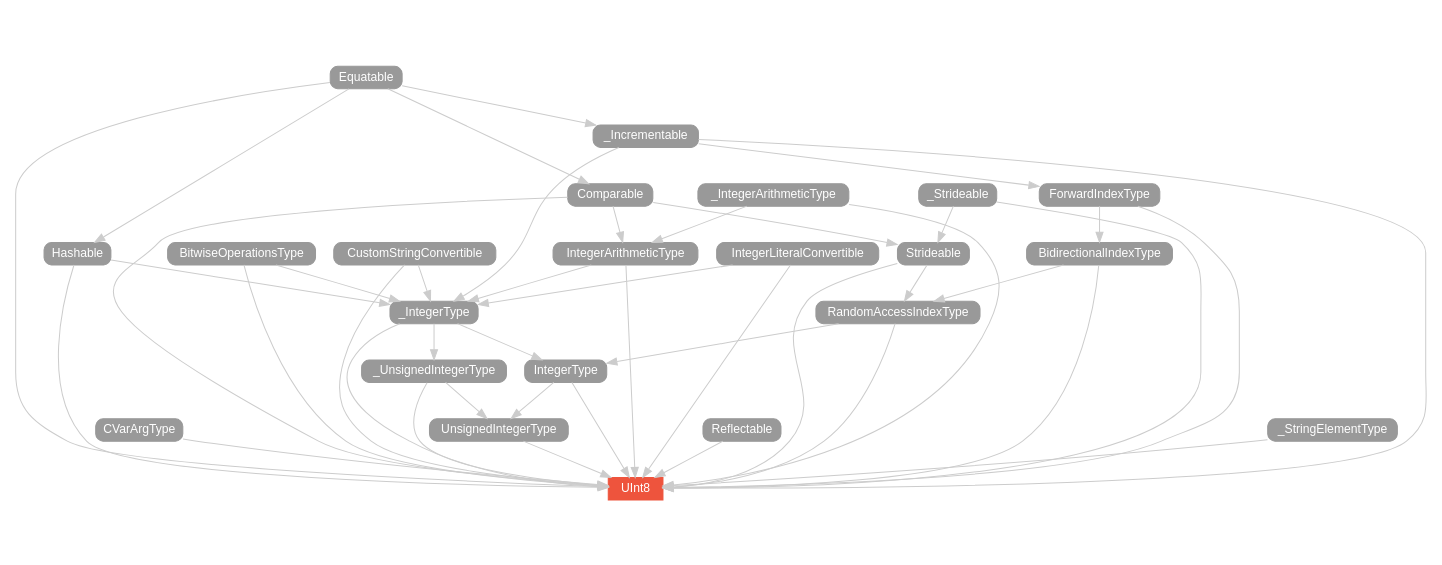
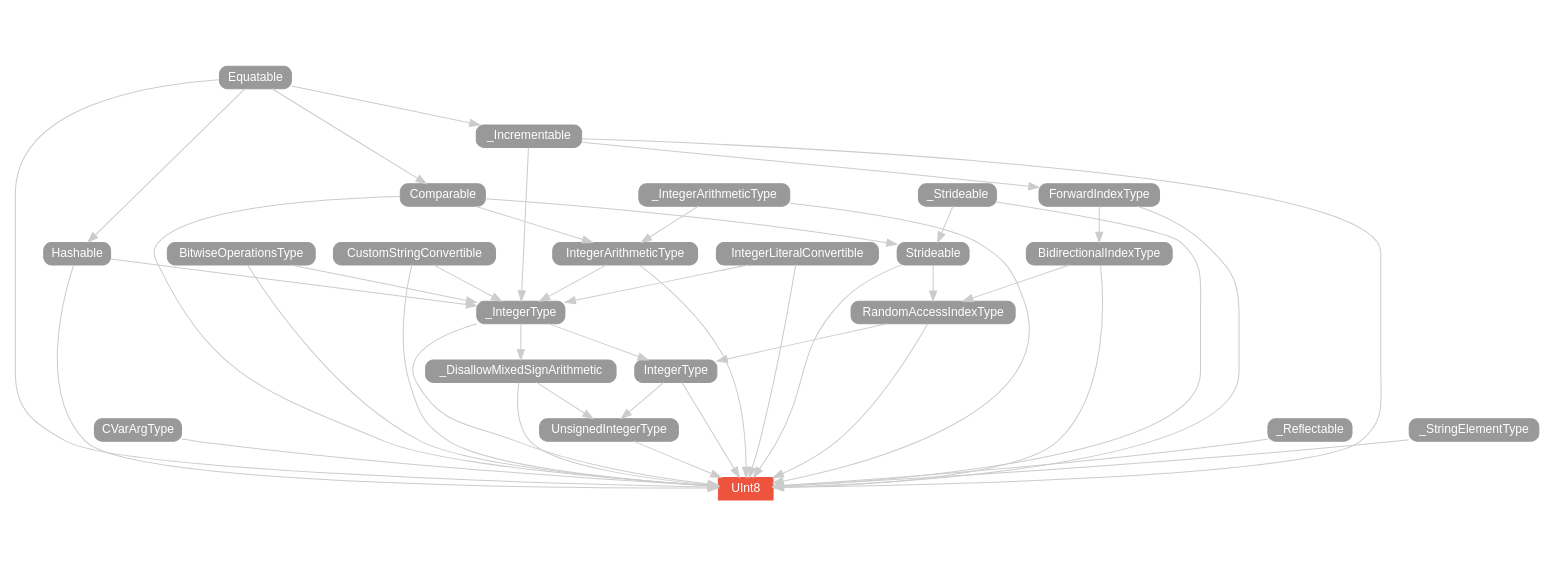
One commit to SwiftDocOrg/swiftdoc.org changed the diagram in swift-2/type/UInt8/hierarchy/index.dot. Above: the diagram before and after it, drawn with Graphviz. The commit also changed 541 other files, not shown here.

```diff
--- a/swift-2/type/UInt8/hierarchy/index.dot
+++ b/swift-2/type/UInt8/hierarchy/index.dot
@@ -1,151 +1,151 @@
 strict digraph "UInt8 - Type Hierarchy - SwiftDoc.org" {
     pad="0.1,0.8"
     node [shape=box, style="filled,rounded", color="#999999", fillcolor="#999999", fontcolor=white, fontname=Helvetica, fontnames="Helvetica,sansserif", fontsize=12, margin="0.07,0.05", height="0.3"]
     edge [color="#cccccc"]
     "BidirectionalIndexType" [URL="/protocol/BidirectionalIndexType/"]
     "BitwiseOperationsType" [URL="/protocol/BitwiseOperationsType/"]
     "CVarArgType" [URL="/protocol/CVarArgType/"]
     "Comparable" [URL="/protocol/Comparable/"]
     "CustomStringConvertible" [URL="/protocol/CustomStringConvertible/"]
     "Equatable" [URL="/protocol/Equatable/"]
     "ForwardIndexType" [URL="/protocol/ForwardIndexType/"]
     "Hashable" [URL="/protocol/Hashable/"]
     "IntegerArithmeticType" [URL="/protocol/IntegerArithmeticType/"]
     "IntegerLiteralConvertible" [URL="/protocol/IntegerLiteralConvertible/"]
     "IntegerType" [URL="/protocol/IntegerType/"]
     "RandomAccessIndexType" [URL="/protocol/RandomAccessIndexType/"]
-    "Reflectable" [URL="/protocol/Reflectable/"]
     "Strideable" [URL="/protocol/Strideable/"]
     "UInt8" [URL="/type/UInt8/", style="filled", fillcolor="#ee543d", color="#ee543d"]
     "UnsignedIntegerType" [URL="/protocol/UnsignedIntegerType/"]
+    "_DisallowMixedSignArithmetic" [URL="/protocol/_DisallowMixedSignArithmetic/"]
     "_Incrementable" [URL="/protocol/_Incrementable/"]
     "_IntegerArithmeticType" [URL="/protocol/_IntegerArithmeticType/"]
     "_IntegerType" [URL="/protocol/_IntegerType/"]
+    "_Reflectable" [URL="/protocol/_Reflectable/"]
     "_Strideable" [URL="/protocol/_Strideable/"]
-    "_StringElementType" [URL="/protocol/_StringElementType/"]
-    "_UnsignedIntegerType" [URL="/protocol/_UnsignedIntegerType/"]    "UnsignedIntegerType" -> "UInt8"
+    "_StringElementType" [URL="/protocol/_StringElementType/"]    "UnsignedIntegerType" -> "UInt8"
     "IntegerType" -> "UInt8"
     "Equatable" -> "UInt8"
     "Comparable" -> "UInt8"
     "_IntegerType" -> "UInt8"
     "IntegerArithmeticType" -> "UInt8"
     "_IntegerArithmeticType" -> "UInt8"
     "IntegerLiteralConvertible" -> "UInt8"
-    "_UnsignedIntegerType" -> "UInt8"
+    "_DisallowMixedSignArithmetic" -> "UInt8"
     "Hashable" -> "UInt8"
     "CustomStringConvertible" -> "UInt8"
     "RandomAccessIndexType" -> "UInt8"
     "BidirectionalIndexType" -> "UInt8"
     "ForwardIndexType" -> "UInt8"
     "_Incrementable" -> "UInt8"
     "Strideable" -> "UInt8"
     "_Strideable" -> "UInt8"
     "BitwiseOperationsType" -> "UInt8"
-    "Reflectable" -> "UInt8"
+    "_Reflectable" -> "UInt8"
     "_StringElementType" -> "UInt8"
     "CVarArgType" -> "UInt8"
-    "_UnsignedIntegerType" -> "UnsignedIntegerType"
+    "_DisallowMixedSignArithmetic" -> "UnsignedIntegerType"
     "IntegerType" -> "UnsignedIntegerType"
-    "_IntegerType" -> "_UnsignedIntegerType"
+    "_IntegerType" -> "_DisallowMixedSignArithmetic"
     "IntegerLiteralConvertible" -> "_IntegerType"
     "CustomStringConvertible" -> "_IntegerType"
     "Hashable" -> "_IntegerType"
     "IntegerArithmeticType" -> "_IntegerType"
     "BitwiseOperationsType" -> "_IntegerType"
     "_Incrementable" -> "_IntegerType"
     "Equatable" -> "Hashable"
     "_IntegerArithmeticType" -> "IntegerArithmeticType"
     "Comparable" -> "IntegerArithmeticType"
     "Equatable" -> "Comparable"
     "Equatable" -> "_Incrementable"
     "_IntegerType" -> "IntegerType"
     "RandomAccessIndexType" -> "IntegerType"
     "IntegerLiteralConvertible" -> "_IntegerType"
     "CustomStringConvertible" -> "_IntegerType"
     "Hashable" -> "_IntegerType"
     "IntegerArithmeticType" -> "_IntegerType"
     "BitwiseOperationsType" -> "_IntegerType"
     "_Incrementable" -> "_IntegerType"
     "Equatable" -> "Hashable"
     "_IntegerArithmeticType" -> "IntegerArithmeticType"
     "Comparable" -> "IntegerArithmeticType"
     "Equatable" -> "Comparable"
     "Equatable" -> "_Incrementable"
     "BidirectionalIndexType" -> "RandomAccessIndexType"
     "Strideable" -> "RandomAccessIndexType"
     "ForwardIndexType" -> "BidirectionalIndexType"
     "_Incrementable" -> "ForwardIndexType"
     "Equatable" -> "_Incrementable"
     "Comparable" -> "Strideable"
     "_Strideable" -> "Strideable"
     "Equatable" -> "Comparable"
     "_IntegerType" -> "IntegerType"
     "RandomAccessIndexType" -> "IntegerType"
     "IntegerLiteralConvertible" -> "_IntegerType"
     "CustomStringConvertible" -> "_IntegerType"
     "Hashable" -> "_IntegerType"
     "IntegerArithmeticType" -> "_IntegerType"
     "BitwiseOperationsType" -> "_IntegerType"
     "_Incrementable" -> "_IntegerType"
     "Equatable" -> "Hashable"
     "_IntegerArithmeticType" -> "IntegerArithmeticType"
     "Comparable" -> "IntegerArithmeticType"
     "Equatable" -> "Comparable"
     "Equatable" -> "_Incrementable"
     "BidirectionalIndexType" -> "RandomAccessIndexType"
     "Strideable" -> "RandomAccessIndexType"
     "ForwardIndexType" -> "BidirectionalIndexType"
     "_Incrementable" -> "ForwardIndexType"
     "Equatable" -> "_Incrementable"
     "Comparable" -> "Strideable"
     "_Strideable" -> "Strideable"
     "Equatable" -> "Comparable"
     "Equatable" -> "Comparable"
     "IntegerLiteralConvertible" -> "_IntegerType"
     "CustomStringConvertible" -> "_IntegerType"
     "Hashable" -> "_IntegerType"
     "IntegerArithmeticType" -> "_IntegerType"
     "BitwiseOperationsType" -> "_IntegerType"
     "_Incrementable" -> "_IntegerType"
     "Equatable" -> "Hashable"
     "_IntegerArithmeticType" -> "IntegerArithmeticType"
     "Comparable" -> "IntegerArithmeticType"
     "Equatable" -> "Comparable"
     "Equatable" -> "_Incrementable"
     "_IntegerArithmeticType" -> "IntegerArithmeticType"
     "Comparable" -> "IntegerArithmeticType"
     "Equatable" -> "Comparable"
-    "_IntegerType" -> "_UnsignedIntegerType"
+    "_IntegerType" -> "_DisallowMixedSignArithmetic"
     "IntegerLiteralConvertible" -> "_IntegerType"
     "CustomStringConvertible" -> "_IntegerType"
     "Hashable" -> "_IntegerType"
     "IntegerArithmeticType" -> "_IntegerType"
     "BitwiseOperationsType" -> "_IntegerType"
     "_Incrementable" -> "_IntegerType"
     "Equatable" -> "Hashable"
     "_IntegerArithmeticType" -> "IntegerArithmeticType"
     "Comparable" -> "IntegerArithmeticType"
     "Equatable" -> "Comparable"
     "Equatable" -> "_Incrementable"
     "Equatable" -> "Hashable"
     "BidirectionalIndexType" -> "RandomAccessIndexType"
     "Strideable" -> "RandomAccessIndexType"
     "ForwardIndexType" -> "BidirectionalIndexType"
     "_Incrementable" -> "ForwardIndexType"
     "Equatable" -> "_Incrementable"
     "Comparable" -> "Strideable"
     "_Strideable" -> "Strideable"
     "Equatable" -> "Comparable"
     "ForwardIndexType" -> "BidirectionalIndexType"
     "_Incrementable" -> "ForwardIndexType"
     "Equatable" -> "_Incrementable"
     "_Incrementable" -> "ForwardIndexType"
     "Equatable" -> "_Incrementable"
     "Equatable" -> "_Incrementable"
     "Comparable" -> "Strideable"
     "_Strideable" -> "Strideable"
     "Equatable" -> "Comparable"
     subgraph Types {
         rank = max; "UInt8";
     }
 }
```
